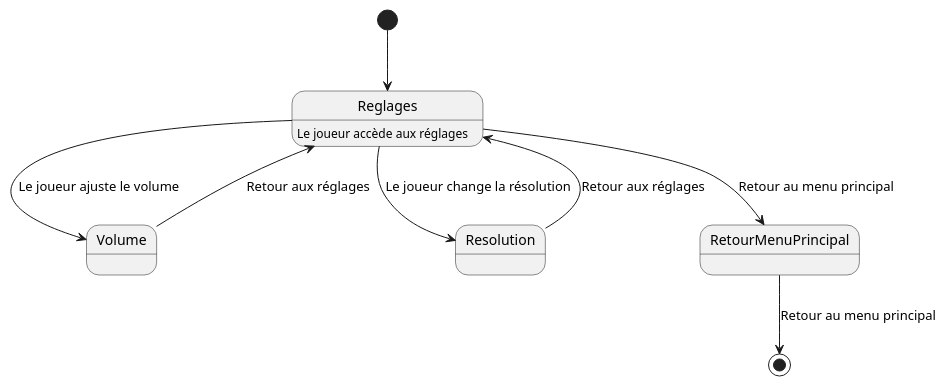
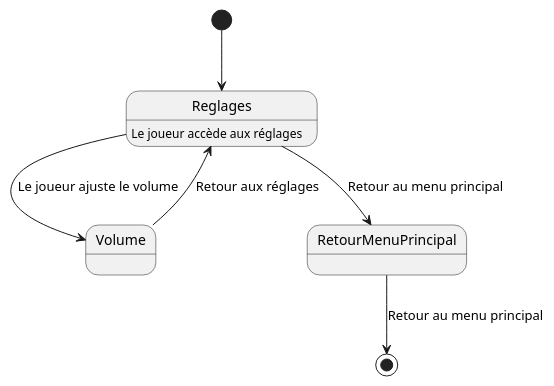
The diagram in Diagram/StateDiagram/SettingsState.puml (LosVerinos/Crossy-Road), drawn with PlantUML before and after one commit. The commit also changed 3 other files, not shown here.

Commit message:
update des diagrammes d'état

```diff
--- a/Diagram/StateDiagram/SettingsState.puml
+++ b/Diagram/StateDiagram/SettingsState.puml
@@ -1,13 +1,10 @@
 @startuml
 [*] --> Reglages
 Reglages : Le joueur accède aux réglages
 
 Reglages --> Volume : Le joueur ajuste le volume
 Volume --> Reglages : Retour aux réglages
 
-Reglages --> Resolution : Le joueur change la résolution
-Resolution --> Reglages : Retour aux réglages
-
 Reglages --> RetourMenuPrincipal : Retour au menu principal
 RetourMenuPrincipal --> [*] : Retour au menu principal
 @enduml
```
